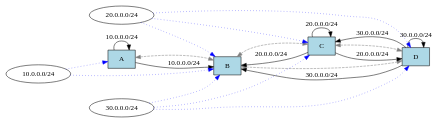
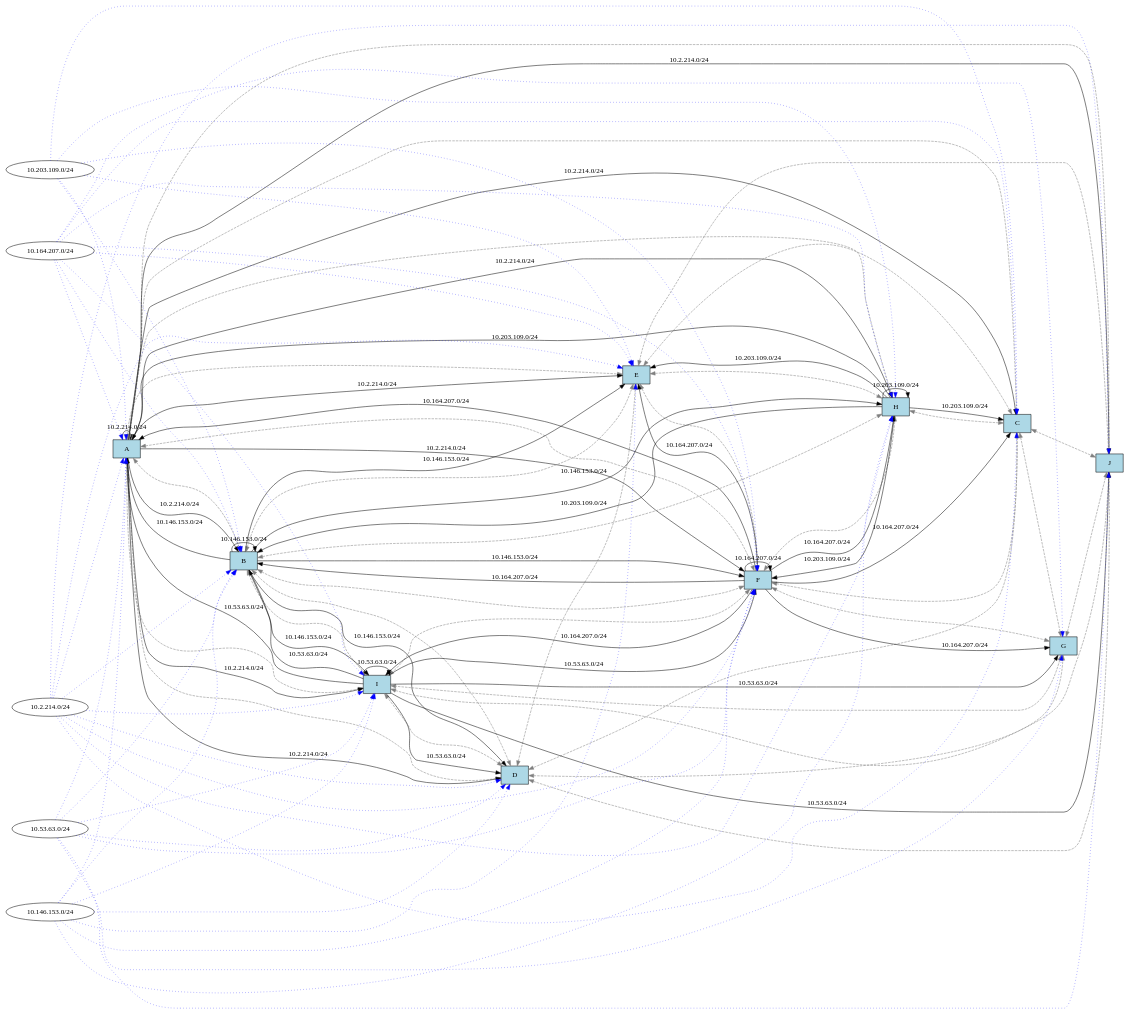
Before and after one commit to websplee/bgp_simulator: the diagram in bin/Debug/net8.0/graphs/iter_1.dot, drawn with Graphviz. The commit also changed 35 other files, not shown here.

```diff
--- a/bin/Debug/net8.0/graphs/iter_1.dot
+++ b/bin/Debug/net8.0/graphs/iter_1.dot
@@ -1,36 +1,157 @@
 digraph G {
   graph [rankdir=LR];
   node [shape=ellipse, style=filled, fillcolor=lightgray];
   "A" [shape=box, fillcolor=lightblue];
   "B" [shape=box, fillcolor=lightblue];
   "C" [shape=box, fillcolor=lightblue];
   "D" [shape=box, fillcolor=lightblue];
+  "E" [shape=box, fillcolor=lightblue];
+  "F" [shape=box, fillcolor=lightblue];
+  "G" [shape=box, fillcolor=lightblue];
+  "H" [shape=box, fillcolor=lightblue];
+  "I" [shape=box, fillcolor=lightblue];
+  "J" [shape=box, fillcolor=lightblue];
   "A" -> "B" [dir=both, style=dashed, color=gray];
-  "B" -> "C" [dir=both, style=dashed, color=gray];
+  "A" -> "C" [dir=both, style=dashed, color=gray];
+  "A" -> "E" [dir=both, style=dashed, color=gray];
+  "A" -> "F" [dir=both, style=dashed, color=gray];
+  "A" -> "I" [dir=both, style=dashed, color=gray];
+  "A" -> "J" [dir=both, style=dashed, color=gray];
+  "A" -> "D" [dir=both, style=dashed, color=gray];
+  "A" -> "H" [dir=both, style=dashed, color=gray];
   "B" -> "D" [dir=both, style=dashed, color=gray];
+  "B" -> "F" [dir=both, style=dashed, color=gray];
+  "B" -> "H" [dir=both, style=dashed, color=gray];
+  "B" -> "I" [dir=both, style=dashed, color=gray];
+  "B" -> "E" [dir=both, style=dashed, color=gray];
   "C" -> "D" [dir=both, style=dashed, color=gray];
-  "p_1_10_0_0_0_24" [label="10.0.0.0/24", shape=oval, fillcolor=white];
-  "A" -> "A" [label="10.0.0.0/24", color=black];
-  "p_1_10_0_0_0_24" -> "A" [style=dotted, color=blue];
-  "p_1_10_0_0_0_24" [label="10.0.0.0/24", shape=oval, fillcolor=white];
-  "A" -> "B" [label="10.0.0.0/24", color=black];
-  "p_1_10_0_0_0_24" -> "B" [style=dotted, color=blue];
-  "p_1_20_0_0_0_24" [label="20.0.0.0/24", shape=oval, fillcolor=white];
-  "C" -> "B" [label="20.0.0.0/24", color=black];
-  "p_1_20_0_0_0_24" -> "B" [style=dotted, color=blue];
-  "p_1_30_0_0_0_24" [label="30.0.0.0/24", shape=oval, fillcolor=white];
-  "D" -> "B" [label="30.0.0.0/24", color=black];
-  "p_1_30_0_0_0_24" -> "B" [style=dotted, color=blue];
-  "p_1_20_0_0_0_24" [label="20.0.0.0/24", shape=oval, fillcolor=white];
-  "C" -> "C" [label="20.0.0.0/24", color=black];
-  "p_1_20_0_0_0_24" -> "C" [style=dotted, color=blue];
-  "p_1_30_0_0_0_24" [label="30.0.0.0/24", shape=oval, fillcolor=white];
-  "D" -> "C" [label="30.0.0.0/24", color=black];
-  "p_1_30_0_0_0_24" -> "C" [style=dotted, color=blue];
-  "p_1_30_0_0_0_24" [label="30.0.0.0/24", shape=oval, fillcolor=white];
-  "D" -> "D" [label="30.0.0.0/24", color=black];
-  "p_1_30_0_0_0_24" -> "D" [style=dotted, color=blue];
-  "p_1_20_0_0_0_24" [label="20.0.0.0/24", shape=oval, fillcolor=white];
-  "C" -> "D" [label="20.0.0.0/24", color=black];
-  "p_1_20_0_0_0_24" -> "D" [style=dotted, color=blue];
+  "C" -> "H" [dir=both, style=dashed, color=gray];
+  "C" -> "J" [dir=both, style=dashed, color=gray];
+  "C" -> "E" [dir=both, style=dashed, color=gray];
+  "C" -> "F" [dir=both, style=dashed, color=gray];
+  "C" -> "G" [dir=both, style=dashed, color=gray];
+  "D" -> "E" [dir=both, style=dashed, color=gray];
+  "D" -> "G" [dir=both, style=dashed, color=gray];
+  "D" -> "I" [dir=both, style=dashed, color=gray];
+  "D" -> "J" [dir=both, style=dashed, color=gray];
+  "E" -> "H" [dir=both, style=dashed, color=gray];
+  "E" -> "J" [dir=both, style=dashed, color=gray];
+  "E" -> "F" [dir=both, style=dashed, color=gray];
+  "F" -> "H" [dir=both, style=dashed, color=gray];
+  "F" -> "I" [dir=both, style=dashed, color=gray];
+  "F" -> "G" [dir=both, style=dashed, color=gray];
+  "G" -> "I" [dir=both, style=dashed, color=gray];
+  "G" -> "J" [dir=both, style=dashed, color=gray];
+  "I" -> "J" [dir=both, style=dashed, color=gray];
+  "p_1_10_2_214_0_24" [label="10.2.214.0/24", shape=oval, fillcolor=white];
+  "A" -> "A" [label="10.2.214.0/24", color=black];
+  "p_1_10_2_214_0_24" -> "A" [style=dotted, color=blue];
+  "p_1_10_146_153_0_24" [label="10.146.153.0/24", shape=oval, fillcolor=white];
+  "B" -> "A" [label="10.146.153.0/24", color=black];
+  "p_1_10_146_153_0_24" -> "A" [style=dotted, color=blue];
+  "p_1_10_164_207_0_24" [label="10.164.207.0/24", shape=oval, fillcolor=white];
+  "F" -> "A" [label="10.164.207.0/24", color=black];
+  "p_1_10_164_207_0_24" -> "A" [style=dotted, color=blue];
+  "p_1_10_53_63_0_24" [label="10.53.63.0/24", shape=oval, fillcolor=white];
+  "I" -> "A" [label="10.53.63.0/24", color=black];
+  "p_1_10_53_63_0_24" -> "A" [style=dotted, color=blue];
+  "p_1_10_203_109_0_24" [label="10.203.109.0/24", shape=oval, fillcolor=white];
+  "H" -> "A" [label="10.203.109.0/24", color=black];
+  "p_1_10_203_109_0_24" -> "A" [style=dotted, color=blue];
+  "p_1_10_146_153_0_24" [label="10.146.153.0/24", shape=oval, fillcolor=white];
+  "B" -> "B" [label="10.146.153.0/24", color=black];
+  "p_1_10_146_153_0_24" -> "B" [style=dotted, color=blue];
+  "p_1_10_2_214_0_24" [label="10.2.214.0/24", shape=oval, fillcolor=white];
+  "A" -> "B" [label="10.2.214.0/24", color=black];
+  "p_1_10_2_214_0_24" -> "B" [style=dotted, color=blue];
+  "p_1_10_164_207_0_24" [label="10.164.207.0/24", shape=oval, fillcolor=white];
+  "F" -> "B" [label="10.164.207.0/24", color=black];
+  "p_1_10_164_207_0_24" -> "B" [style=dotted, color=blue];
+  "p_1_10_203_109_0_24" [label="10.203.109.0/24", shape=oval, fillcolor=white];
+  "H" -> "B" [label="10.203.109.0/24", color=black];
+  "p_1_10_203_109_0_24" -> "B" [style=dotted, color=blue];
+  "p_1_10_53_63_0_24" [label="10.53.63.0/24", shape=oval, fillcolor=white];
+  "I" -> "B" [label="10.53.63.0/24", color=black];
+  "p_1_10_53_63_0_24" -> "B" [style=dotted, color=blue];
+  "p_1_10_2_214_0_24" [label="10.2.214.0/24", shape=oval, fillcolor=white];
+  "A" -> "C" [label="10.2.214.0/24", color=black];
+  "p_1_10_2_214_0_24" -> "C" [style=dotted, color=blue];
+  "p_1_10_203_109_0_24" [label="10.203.109.0/24", shape=oval, fillcolor=white];
+  "H" -> "C" [label="10.203.109.0/24", color=black];
+  "p_1_10_203_109_0_24" -> "C" [style=dotted, color=blue];
+  "p_1_10_164_207_0_24" [label="10.164.207.0/24", shape=oval, fillcolor=white];
+  "F" -> "C" [label="10.164.207.0/24", color=black];
+  "p_1_10_164_207_0_24" -> "C" [style=dotted, color=blue];
+  "p_1_10_146_153_0_24" [label="10.146.153.0/24", shape=oval, fillcolor=white];
+  "B" -> "D" [label="10.146.153.0/24", color=black];
+  "p_1_10_146_153_0_24" -> "D" [style=dotted, color=blue];
+  "p_1_10_2_214_0_24" [label="10.2.214.0/24", shape=oval, fillcolor=white];
+  "A" -> "D" [label="10.2.214.0/24", color=black];
+  "p_1_10_2_214_0_24" -> "D" [style=dotted, color=blue];
+  "p_1_10_53_63_0_24" [label="10.53.63.0/24", shape=oval, fillcolor=white];
+  "I" -> "D" [label="10.53.63.0/24", color=black];
+  "p_1_10_53_63_0_24" -> "D" [style=dotted, color=blue];
+  "p_1_10_2_214_0_24" [label="10.2.214.0/24", shape=oval, fillcolor=white];
+  "A" -> "E" [label="10.2.214.0/24", color=black];
+  "p_1_10_2_214_0_24" -> "E" [style=dotted, color=blue];
+  "p_1_10_146_153_0_24" [label="10.146.153.0/24", shape=oval, fillcolor=white];
+  "B" -> "E" [label="10.146.153.0/24", color=black];
+  "p_1_10_146_153_0_24" -> "E" [style=dotted, color=blue];
+  "p_1_10_203_109_0_24" [label="10.203.109.0/24", shape=oval, fillcolor=white];
+  "H" -> "E" [label="10.203.109.0/24", color=black];
+  "p_1_10_203_109_0_24" -> "E" [style=dotted, color=blue];
+  "p_1_10_164_207_0_24" [label="10.164.207.0/24", shape=oval, fillcolor=white];
+  "F" -> "E" [label="10.164.207.0/24", color=black];
+  "p_1_10_164_207_0_24" -> "E" [style=dotted, color=blue];
+  "p_1_10_164_207_0_24" [label="10.164.207.0/24", shape=oval, fillcolor=white];
+  "F" -> "F" [label="10.164.207.0/24", color=black];
+  "p_1_10_164_207_0_24" -> "F" [style=dotted, color=blue];
+  "p_1_10_2_214_0_24" [label="10.2.214.0/24", shape=oval, fillcolor=white];
+  "A" -> "F" [label="10.2.214.0/24", color=black];
+  "p_1_10_2_214_0_24" -> "F" [style=dotted, color=blue];
+  "p_1_10_146_153_0_24" [label="10.146.153.0/24", shape=oval, fillcolor=white];
+  "B" -> "F" [label="10.146.153.0/24", color=black];
+  "p_1_10_146_153_0_24" -> "F" [style=dotted, color=blue];
+  "p_1_10_203_109_0_24" [label="10.203.109.0/24", shape=oval, fillcolor=white];
+  "H" -> "F" [label="10.203.109.0/24", color=black];
+  "p_1_10_203_109_0_24" -> "F" [style=dotted, color=blue];
+  "p_1_10_53_63_0_24" [label="10.53.63.0/24", shape=oval, fillcolor=white];
+  "I" -> "F" [label="10.53.63.0/24", color=black];
+  "p_1_10_53_63_0_24" -> "F" [style=dotted, color=blue];
+  "p_1_10_164_207_0_24" [label="10.164.207.0/24", shape=oval, fillcolor=white];
+  "F" -> "G" [label="10.164.207.0/24", color=black];
+  "p_1_10_164_207_0_24" -> "G" [style=dotted, color=blue];
+  "p_1_10_53_63_0_24" [label="10.53.63.0/24", shape=oval, fillcolor=white];
+  "I" -> "G" [label="10.53.63.0/24", color=black];
+  "p_1_10_53_63_0_24" -> "G" [style=dotted, color=blue];
+  "p_1_10_203_109_0_24" [label="10.203.109.0/24", shape=oval, fillcolor=white];
+  "H" -> "H" [label="10.203.109.0/24", color=black];
+  "p_1_10_203_109_0_24" -> "H" [style=dotted, color=blue];
+  "p_1_10_146_153_0_24" [label="10.146.153.0/24", shape=oval, fillcolor=white];
+  "B" -> "H" [label="10.146.153.0/24", color=black];
+  "p_1_10_146_153_0_24" -> "H" [style=dotted, color=blue];
+  "p_1_10_164_207_0_24" [label="10.164.207.0/24", shape=oval, fillcolor=white];
+  "F" -> "H" [label="10.164.207.0/24", color=black];
+  "p_1_10_164_207_0_24" -> "H" [style=dotted, color=blue];
+  "p_1_10_2_214_0_24" [label="10.2.214.0/24", shape=oval, fillcolor=white];
+  "A" -> "H" [label="10.2.214.0/24", color=black];
+  "p_1_10_2_214_0_24" -> "H" [style=dotted, color=blue];
+  "p_1_10_53_63_0_24" [label="10.53.63.0/24", shape=oval, fillcolor=white];
+  "I" -> "I" [label="10.53.63.0/24", color=black];
+  "p_1_10_53_63_0_24" -> "I" [style=dotted, color=blue];
+  "p_1_10_2_214_0_24" [label="10.2.214.0/24", shape=oval, fillcolor=white];
+  "A" -> "I" [label="10.2.214.0/24", color=black];
+  "p_1_10_2_214_0_24" -> "I" [style=dotted, color=blue];
+  "p_1_10_146_153_0_24" [label="10.146.153.0/24", shape=oval, fillcolor=white];
+  "B" -> "I" [label="10.146.153.0/24", color=black];
+  "p_1_10_146_153_0_24" -> "I" [style=dotted, color=blue];
+  "p_1_10_164_207_0_24" [label="10.164.207.0/24", shape=oval, fillcolor=white];
+  "F" -> "I" [label="10.164.207.0/24", color=black];
+  "p_1_10_164_207_0_24" -> "I" [style=dotted, color=blue];
+  "p_1_10_2_214_0_24" [label="10.2.214.0/24", shape=oval, fillcolor=white];
+  "A" -> "J" [label="10.2.214.0/24", color=black];
+  "p_1_10_2_214_0_24" -> "J" [style=dotted, color=blue];
+  "p_1_10_53_63_0_24" [label="10.53.63.0/24", shape=oval, fillcolor=white];
+  "I" -> "J" [label="10.53.63.0/24", color=black];
+  "p_1_10_53_63_0_24" -> "J" [style=dotted, color=blue];
 }
```
